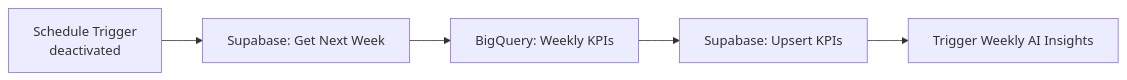
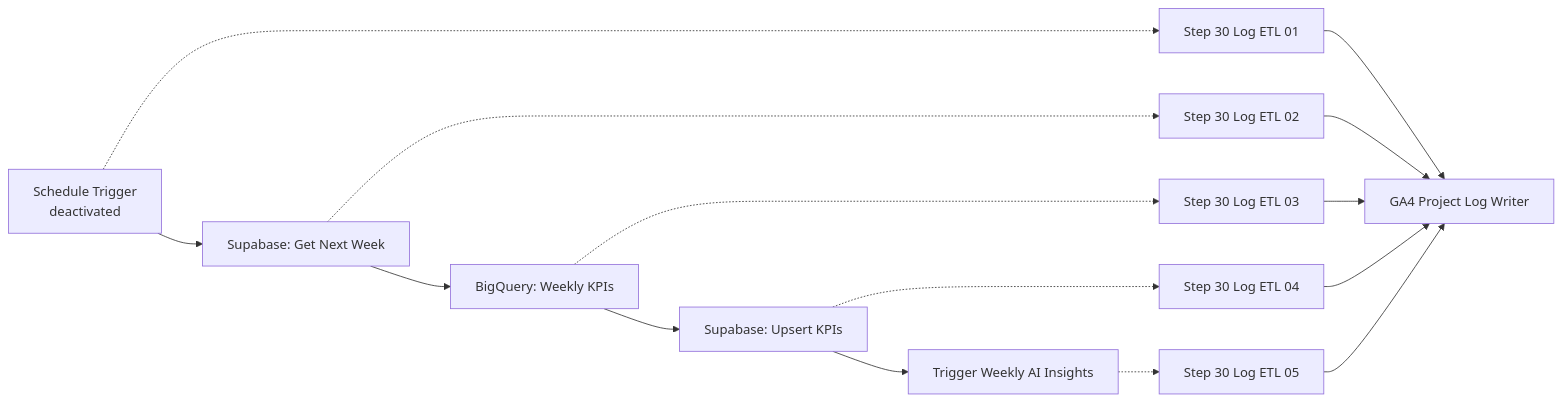
One commit to cizmeli/ga4-ai-analytics-automation changed the diagram in workflows/docs/ga4-weekly-etl.md. Above: the diagram before and after it, drawn with Mermaid. The commit also changed other lines of this file and 16 other files, not shown here.

````diff
--- a/workflows/docs/ga4-weekly-etl.md
+++ b/workflows/docs/ga4-weekly-etl.md
@@ -17,7 +29,17 @@
-```mermaid
+~~~mermaid
 flowchart LR
   S[Schedule Trigger<br/>deactivated] --> N[Supabase: Get Next Week]
   N --> B[BigQuery: Weekly KPIs]
   B --> U[Supabase: Upsert KPIs]
   U --> I[Trigger Weekly AI Insights]
-```
+  S -.-> L1[Step 30 Log ETL 01]
+  N -.-> L2[Step 30 Log ETL 02]
+  B -.-> L3[Step 30 Log ETL 03]
+  U -.-> L4[Step 30 Log ETL 04]
+  I -.-> L5[Step 30 Log ETL 05]
+  L1 --> LOG[GA4 Project Log Writer]
+  L2 --> LOG
+  L3 --> LOG
+  L4 --> LOG
+  L5 --> LOG
+~~~
````
